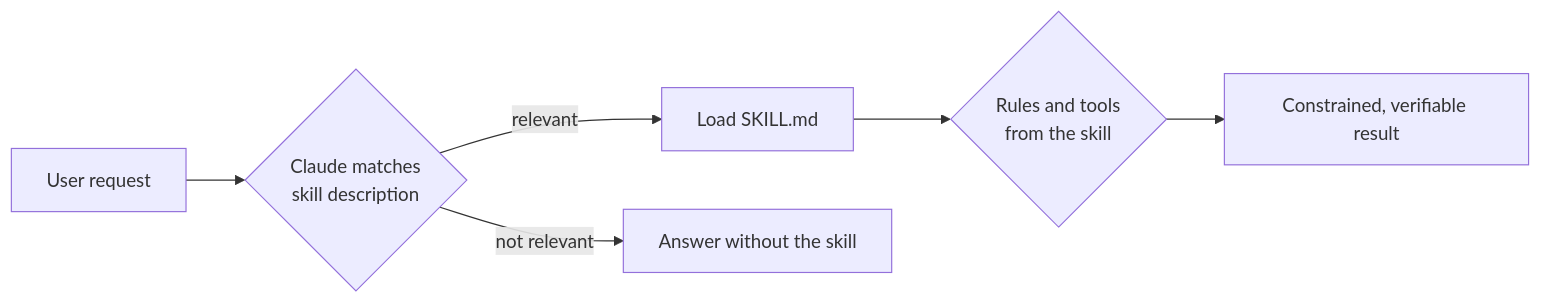
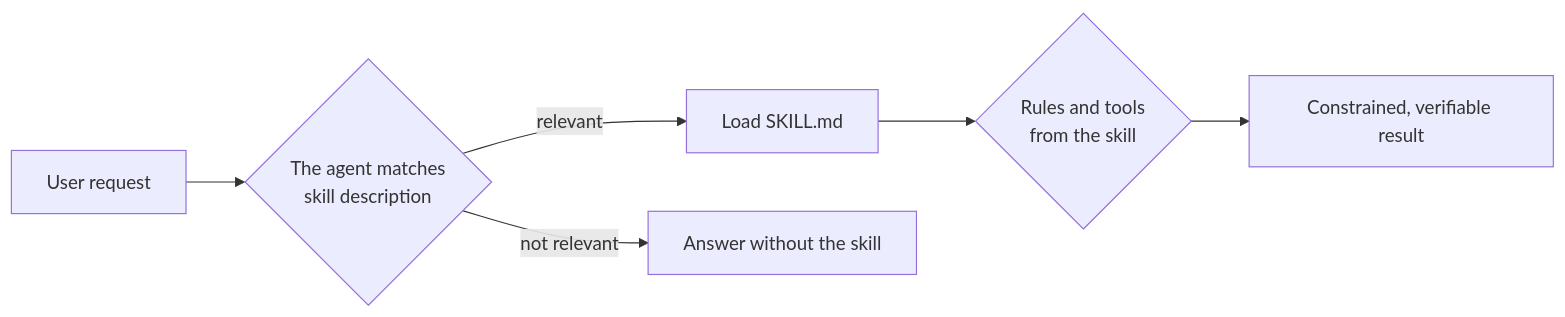
Before and after one commit to InExSu/claude-skills: the diagram in README.md, drawn with Mermaid. The commit also changed other lines of this file and 5 other files, not shown here.

````diff
--- a/README.md
+++ b/README.md
@@ -32,8 +32,8 @@
 ```mermaid
 flowchart LR
-    A[User request] --> B{Claude matches<br/>skill description}
+    A[User request] --> B{The agent matches<br/>skill description}
     B -->|relevant| C[Load SKILL.md]
     B -->|not relevant| D[Answer without the skill]
     C --> E{Rules and tools<br/>from the skill}
     E --> F[Constrained, verifiable result]
 ```
````
